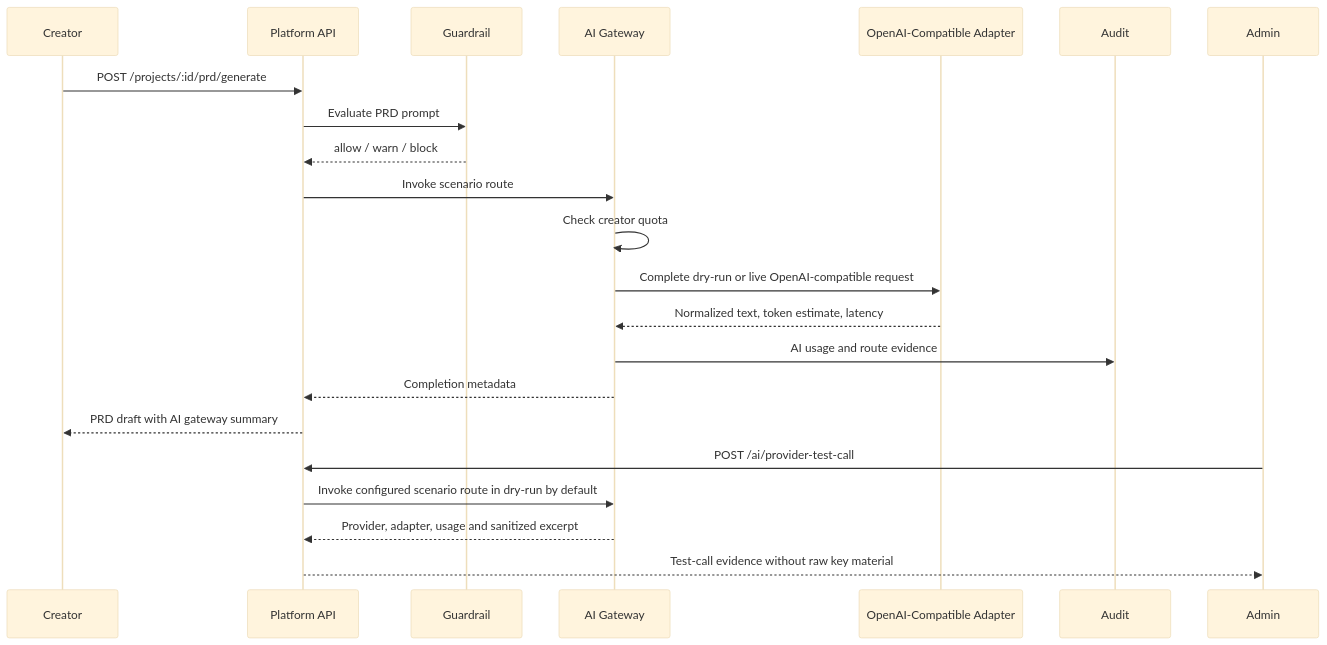
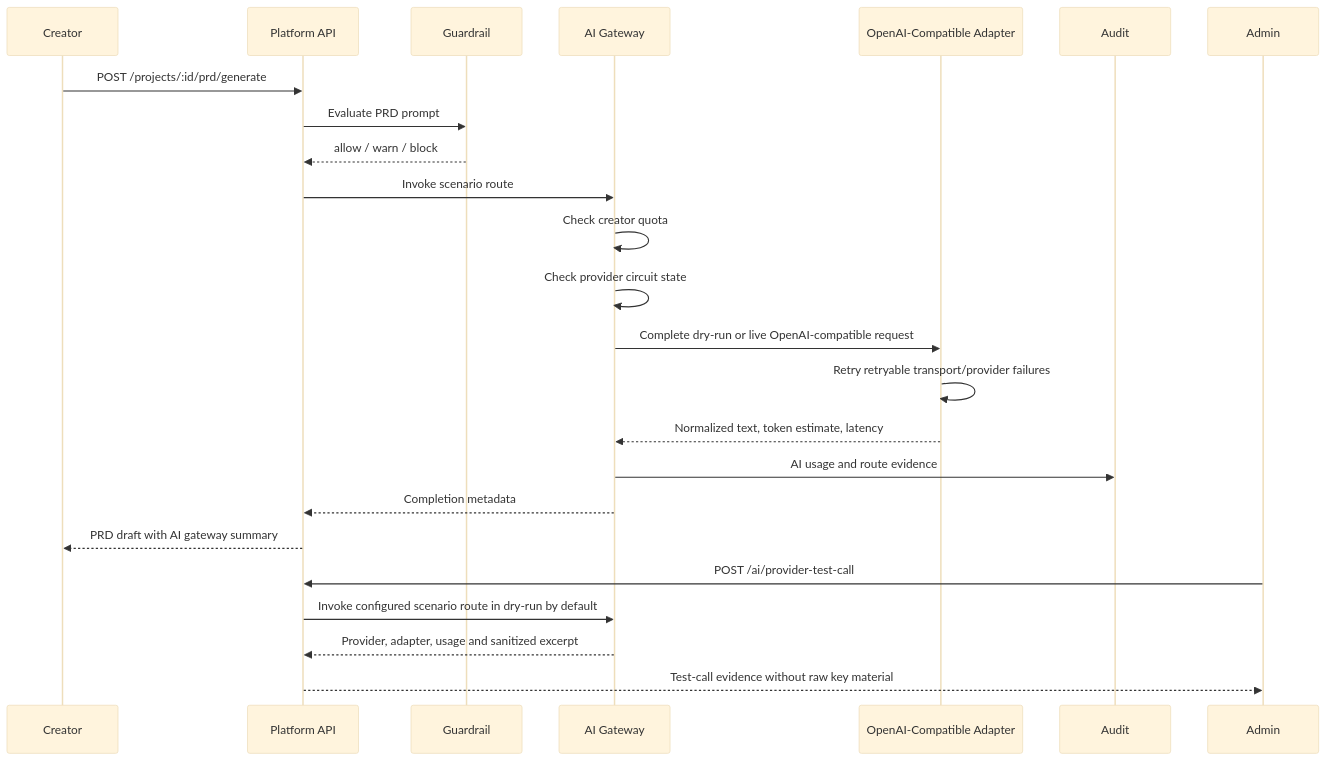
The diagram in docs/operations/real-mvp-ai-provider-adapter.md (horizonxlabs/horizon), drawn with Mermaid (base theme) before and after one commit. The commit also changed other lines of this file and 4 other files, not shown here.

````diff
--- a/docs/operations/real-mvp-ai-provider-adapter.md
+++ b/docs/operations/real-mvp-ai-provider-adapter.md
@@ -15,25 +15,27 @@
 ```mermaid
 sequenceDiagram
   participant Creator
   participant API as Platform API
   participant Guardrail
   participant Gateway as AI Gateway
   participant Adapter as OpenAI-Compatible Adapter
   participant Audit
   participant Admin
 
   Creator->>API: POST /projects/:id/prd/generate
   API->>Guardrail: Evaluate PRD prompt
   Guardrail-->>API: allow / warn / block
   API->>Gateway: Invoke scenario route
   Gateway->>Gateway: Check creator quota
+  Gateway->>Gateway: Check provider circuit state
   Gateway->>Adapter: Complete dry-run or live OpenAI-compatible request
+  Adapter->>Adapter: Retry retryable transport/provider failures
   Adapter-->>Gateway: Normalized text, token estimate, latency
   Gateway->>Audit: AI usage and route evidence
   Gateway-->>API: Completion metadata
   API-->>Creator: PRD draft with AI gateway summary
   Admin->>API: POST /ai/provider-test-call
   API->>Gateway: Invoke configured scenario route in dry-run by default
   Gateway-->>API: Provider, adapter, usage and sanitized excerpt
   API-->>Admin: Test-call evidence without raw key material
 ```
````
